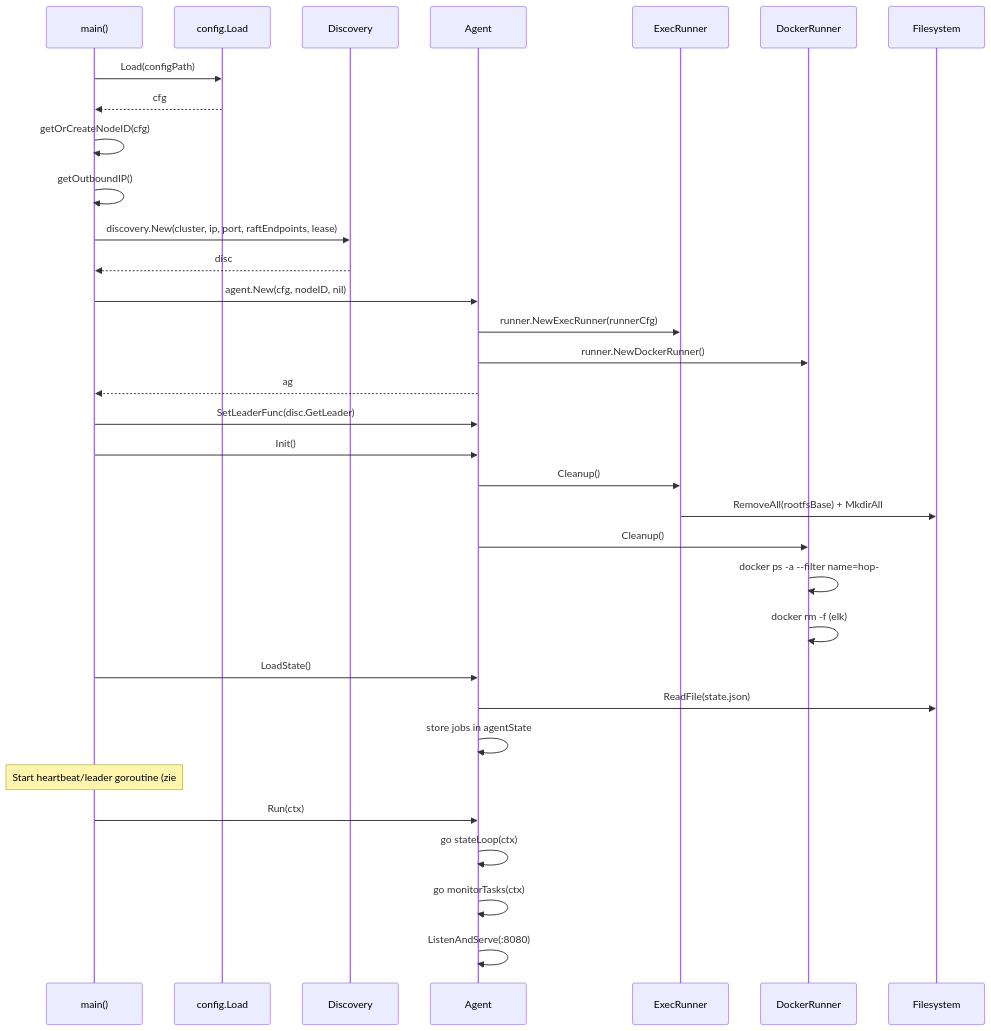
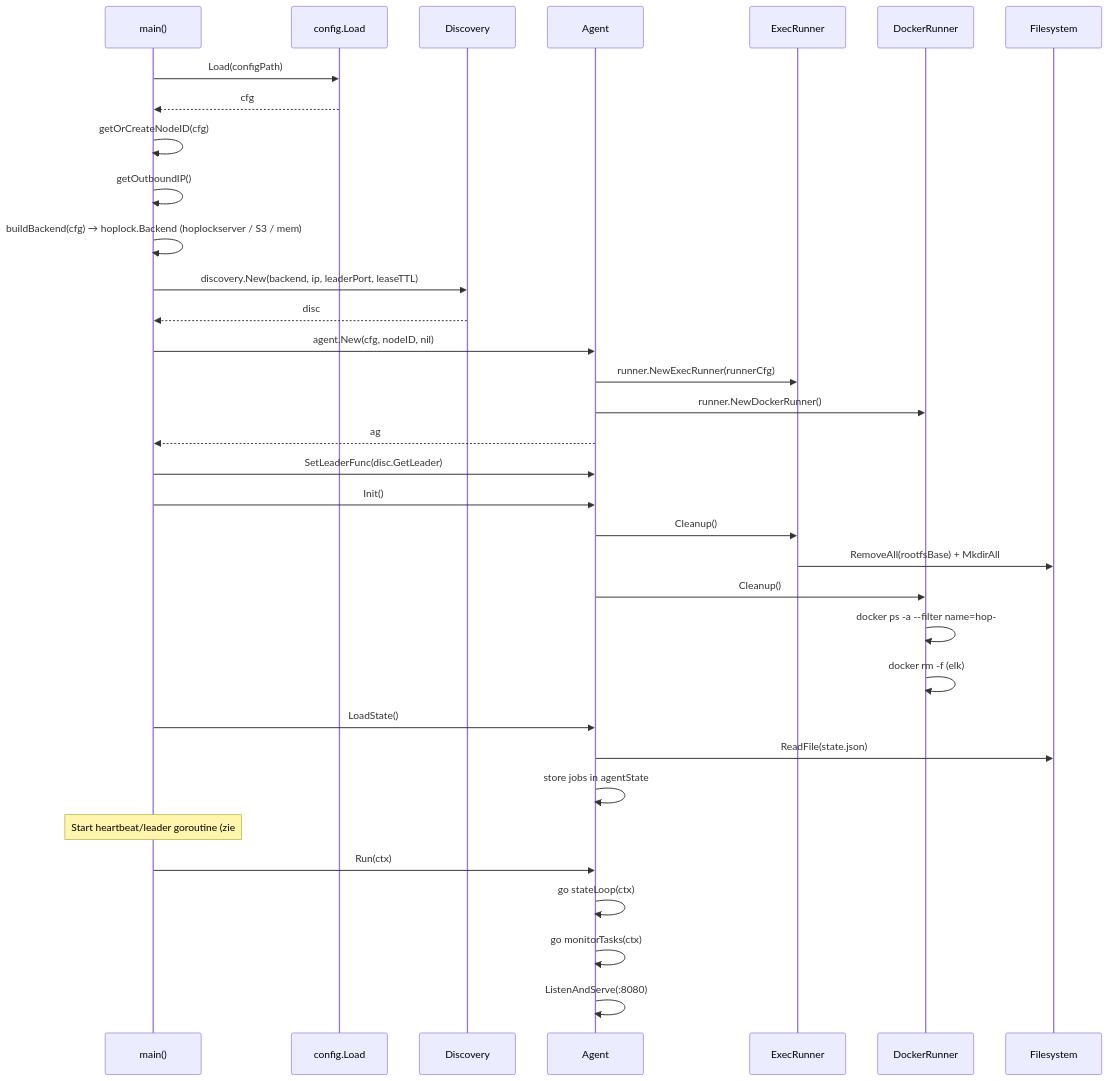
Before and after one commit to xinix00/easyrun: the first of 14 diagrams in SEQUENCES.md, drawn with Mermaid. The commit also changed other lines of this file and 3 other files, not shown here.

First line of the commit message:
docs: replace stale HopRaft references with hoplock lease election

````diff
--- a/SEQUENCES.md
+++ b/SEQUENCES.md
@@ -29,43 +29,44 @@
 ```mermaid
 sequenceDiagram
     participant M as main()
     participant C as config.Load
     participant D as Discovery
     participant A as Agent
     participant R as ExecRunner
     participant DR as DockerRunner
     participant FS as Filesystem
 
     M->>C: Load(configPath)
     C-->>M: cfg
 
     M->>M: getOrCreateNodeID(cfg)
     M->>M: getOutboundIP()
 
-    M->>D: discovery.New(cluster, ip, port, raftEndpoints, lease)
+    M->>M: buildBackend(cfg) → hoplock.Backend (hoplockserver / S3 / mem)
+    M->>D: discovery.New(backend, ip, leaderPort, leaseTTL)
     D-->>M: disc
 
     M->>A: agent.New(cfg, nodeID, nil)
     A->>R: runner.NewExecRunner(runnerCfg)
     A->>DR: runner.NewDockerRunner()
     A-->>M: ag
 
     M->>A: SetLeaderFunc(disc.GetLeader)
 
     M->>A: Init()
     A->>R: Cleanup()
     R->>FS: RemoveAll(rootfsBase) + MkdirAll
     A->>DR: Cleanup()
     DR->>DR: docker ps -a --filter name=hop-
     DR->>DR: docker rm -f (elk)
 
     M->>A: LoadState()
     A->>FS: ReadFile(state.json)
     A->>A: store jobs in agentState
 
     Note over M: Start heartbeat/leader goroutine (zie #3)
     M->>A: Run(ctx)
     A->>A: go stateLoop(ctx)
     A->>A: go monitorTasks(ctx)
     A->>A: ListenAndServe(:8080)
 ```
````
